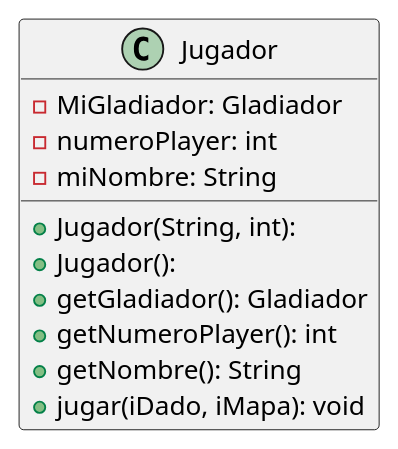
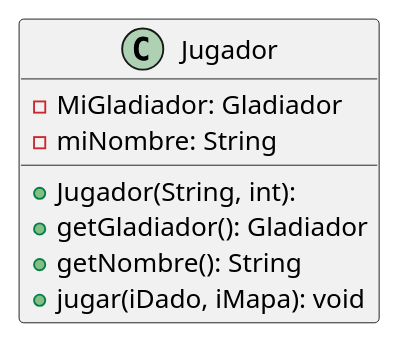
The diagram in diagrams/clases/clase_jugador.plantuml (mcumskov/Algo3_tp2), drawn with PlantUML before and after one commit. The commit also changed 7 other files, not shown here.

Commit message:
refactor jugador, edit a diagramas interfaz

```diff
--- a/diagrams/clases/clase_jugador.plantuml
+++ b/diagrams/clases/clase_jugador.plantuml
@@ -1,17 +1,14 @@
 @startuml
 
 skinparam linetype ortho
 
 class Jugador {
   + Jugador(String, int):
-  + Jugador():
   - MiGladiador: Gladiador
-  - numeroPlayer: int
   - miNombre: String
   + getGladiador(): Gladiador
-  + getNumeroPlayer(): int
   + getNombre(): String
   + jugar(iDado, iMapa): void
 }
 
 @enduml
```
